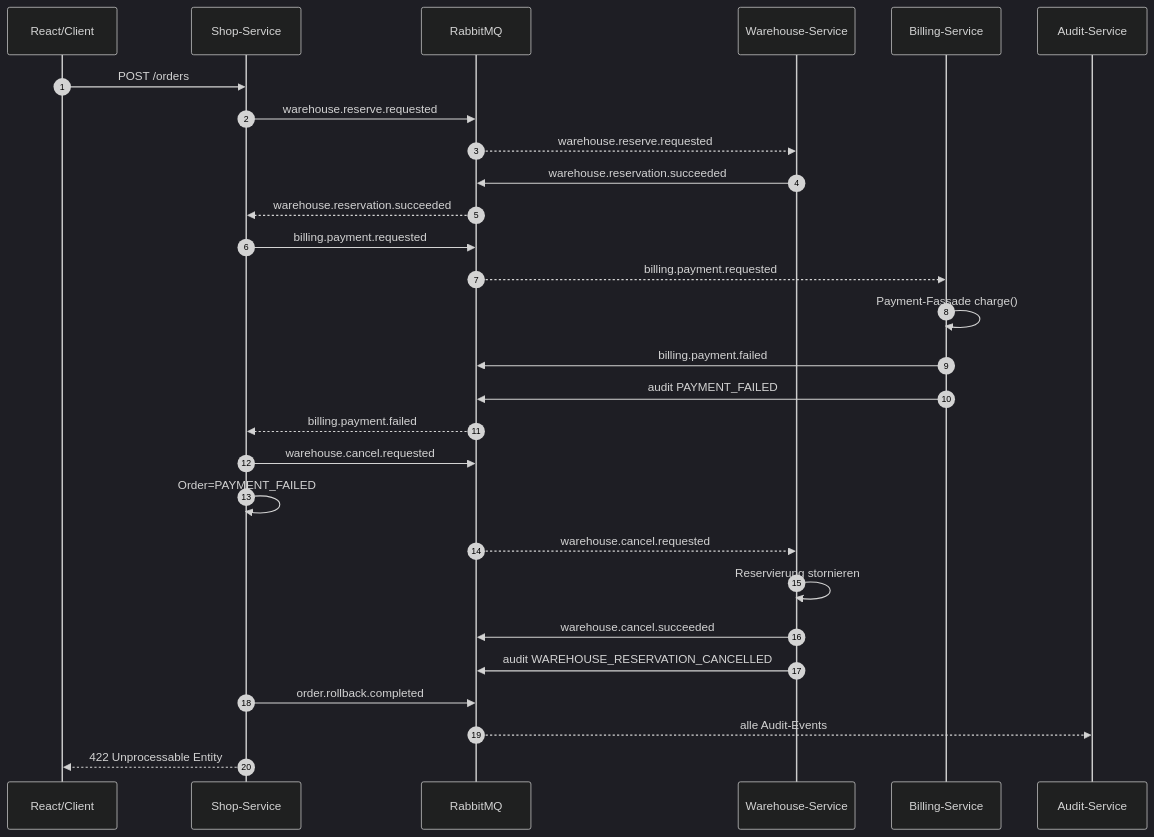
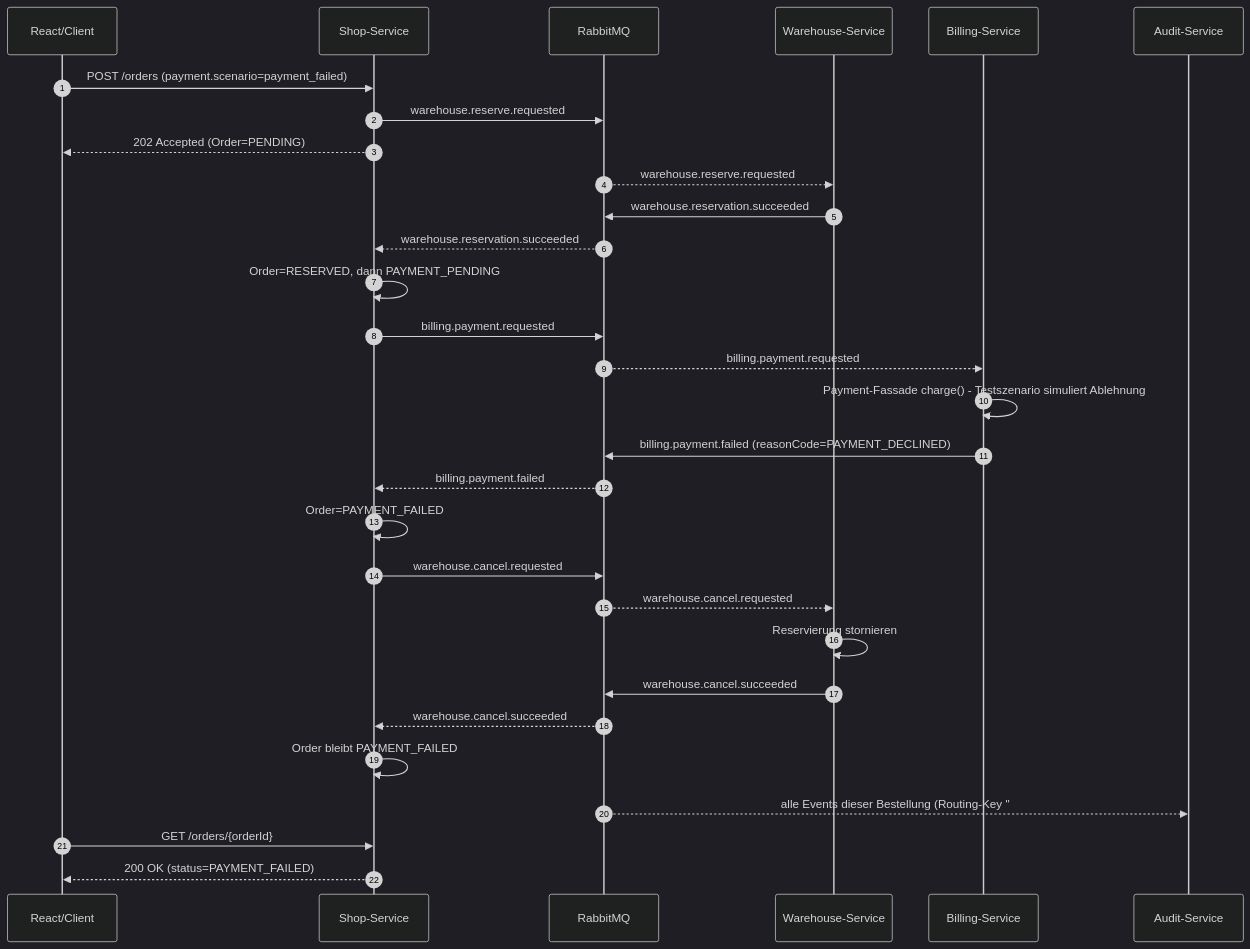
One commit to chips199/webshop-vse changed the fifth of 7 diagrams in docs/architecture.md. Above: the diagram before and after it, drawn with Mermaid (dark theme). The commit also changed other lines of this file and 6 other files, not shown here.

Commit message:
Diagramme überarbeitet

````diff
--- a/docs/architecture.md
+++ b/docs/architecture.md
@@ -173,31 +230,34 @@
 ```mermaid
 sequenceDiagram
     autonumber
     participant Client as React/Client
     participant Shop as Shop-Service
     participant MQ as RabbitMQ
     participant Warehouse as Warehouse-Service
     participant Billing as Billing-Service
     participant Audit as Audit-Service
 
-    Client->>Shop: POST /orders
+    Client->>Shop: POST /orders (payment.scenario=payment_failed)
     Shop->>MQ: warehouse.reserve.requested
+    Shop-->>Client: 202 Accepted (Order=PENDING)
     MQ-->>Warehouse: warehouse.reserve.requested
     Warehouse->>MQ: warehouse.reservation.succeeded
     MQ-->>Shop: warehouse.reservation.succeeded
+    Shop->>Shop: Order=RESERVED, dann PAYMENT_PENDING
     Shop->>MQ: billing.payment.requested
     MQ-->>Billing: billing.payment.requested
-    Billing->>Billing: Payment-Fassade charge()
-    Billing->>MQ: billing.payment.failed
-    Billing->>MQ: audit PAYMENT_FAILED
+    Billing->>Billing: Payment-Fassade charge() - Testszenario simuliert Ablehnung
+    Billing->>MQ: billing.payment.failed (reasonCode=PAYMENT_DECLINED)
     MQ-->>Shop: billing.payment.failed
+    Shop->>Shop: Order=PAYMENT_FAILED
     Shop->>MQ: warehouse.cancel.requested
-    Shop->>Shop: Order=PAYMENT_FAILED
     MQ-->>Warehouse: warehouse.cancel.requested
     Warehouse->>Warehouse: Reservierung stornieren
     Warehouse->>MQ: warehouse.cancel.succeeded
-    Warehouse->>MQ: audit WAREHOUSE_RESERVATION_CANCELLED
-    Shop->>MQ: order.rollback.completed
-    MQ-->>Audit: alle Audit-Events
-    Shop-->>Client: 422 Unprocessable Entity
+    MQ-->>Shop: warehouse.cancel.succeeded
+    Shop->>Shop: Order bleibt PAYMENT_FAILED
+    MQ-->>Audit: alle Events dieser Bestellung (Routing-Key "#")
+
+    Client->>Shop: GET /orders/{orderId}
+    Shop-->>Client: 200 OK (status=PAYMENT_FAILED)
 ```
````
